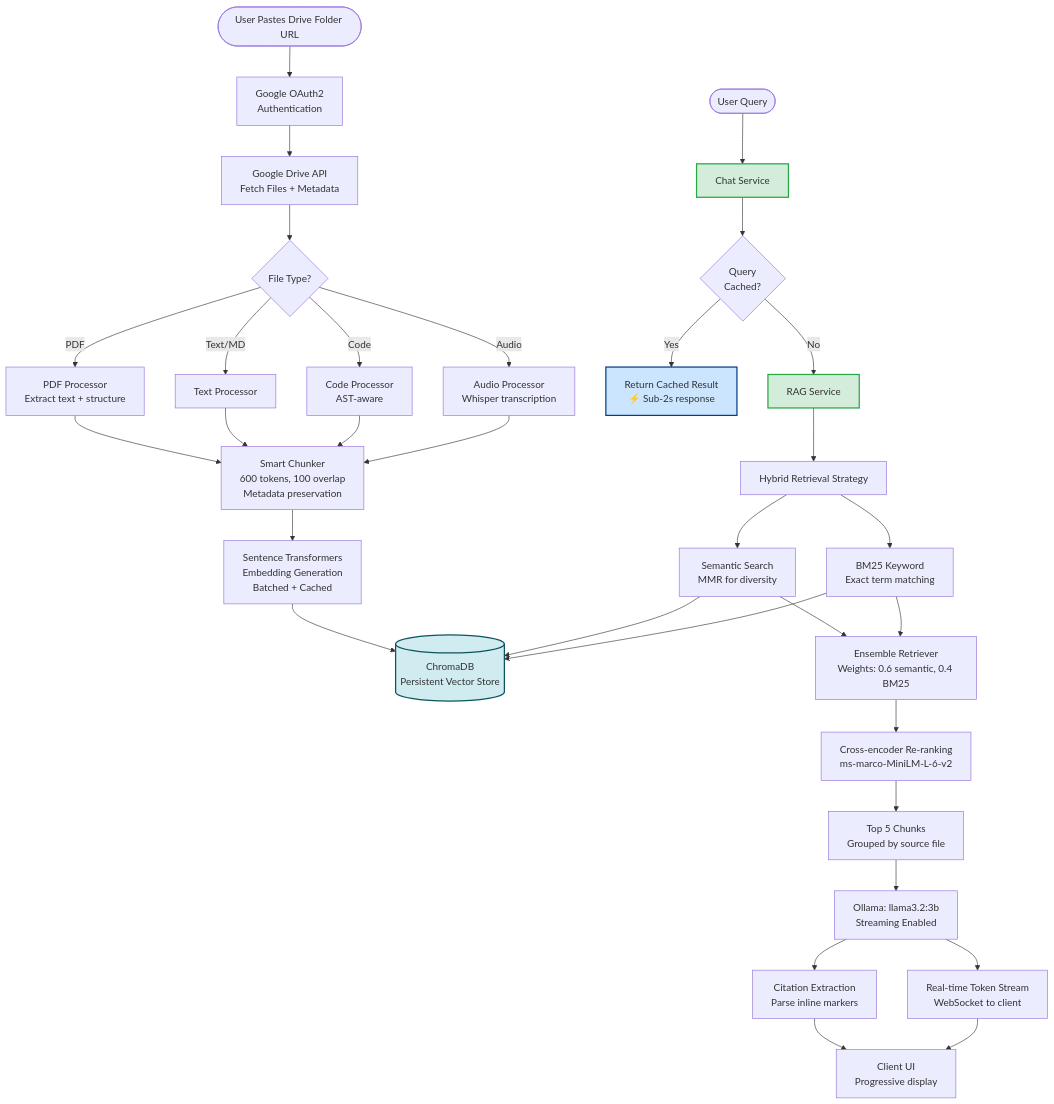
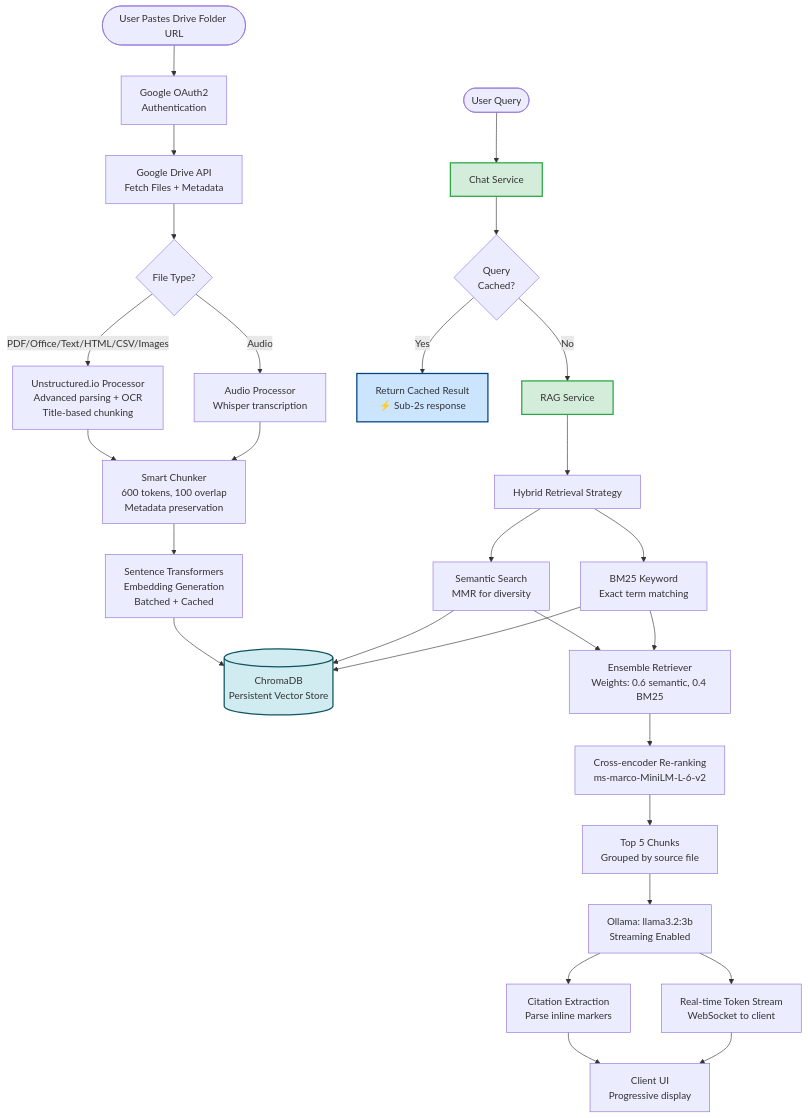
Before and after one commit to arpan1221/Foldex: the first of 5 diagrams in README.md, drawn with Mermaid. The commit also changed other lines of this file and 1 other file, not shown here.

````diff
--- a/README.md
+++ b/README.md
@@ -37,56 +40,52 @@
 ```mermaid
 graph TB
     Start([User Pastes Drive Folder URL]) --> Auth[Google OAuth2<br/>Authentication]
     Auth --> Fetch[Google Drive API<br/>Fetch Files + Metadata]
     
     Fetch --> FileType{File Type?}
     
-    FileType -->|PDF| PDFProc[PDF Processor<br/>Extract text + structure]
-    FileType -->|Text/MD| TextProc[Text Processor]
-    FileType -->|Code| CodeProc[Code Processor<br/>AST-aware]
+    FileType -->|PDF/Office/Text/HTML/CSV/Images| UnstructuredProc[Unstructured.io Processor<br/>Advanced parsing + OCR<br/>Title-based chunking]
     FileType -->|Audio| AudioProc[Audio Processor<br/>Whisper transcription]
     
-    PDFProc --> Chunker[Smart Chunker<br/>600 tokens, 100 overlap<br/>Metadata preservation]
-    TextProc --> Chunker
-    CodeProc --> Chunker
+    UnstructuredProc --> Chunker[Smart Chunker<br/>600 tokens, 100 overlap<br/>Metadata preservation]
     AudioProc --> Chunker
     
     Chunker --> Embed[Sentence Transformers<br/>Embedding Generation<br/>Batched + Cached]
     
     Embed --> VectorDB[(ChromaDB<br/>Persistent Vector Store)]
     
     Query([User Query]) --> ChatService[Chat Service]
     
     ChatService --> QCache{Query<br/>Cached?}
     
     QCache -->|Yes| CachedResult[Return Cached Result<br/>⚡ Sub-2s response]
     QCache -->|No| RAGFlow
     
     RAGFlow[RAG Service] --> Retrieval[Hybrid Retrieval Strategy]
     
     Retrieval --> Semantic[Semantic Search<br/>MMR for diversity]
     Retrieval --> BM25[BM25 Keyword<br/>Exact term matching]
     
     Semantic --> VectorDB
     BM25 --> VectorDB
     
     Semantic --> Ensemble[Ensemble Retriever<br/>Weights: 0.6 semantic, 0.4 BM25]
     BM25 --> Ensemble
     
     Ensemble --> Rerank[Cross-encoder Re-ranking<br/>ms-marco-MiniLM-L-6-v2]
     
     Rerank --> TopK[Top 5 Chunks<br/>Grouped by source file]
     
     TopK --> OllamaLLM[Ollama: llama3.2:3b<br/>Streaming Enabled]
     
     OllamaLLM --> Stream[Real-time Token Stream<br/>WebSocket to client]
     OllamaLLM --> Citations[Citation Extraction<br/>Parse inline markers]
     
     Citations --> UI[Client UI<br/>Progressive display]
     Stream --> UI
     
     style ChatService fill:#d4edda,stroke:#28a745,stroke-width:2px
     style RAGFlow fill:#d4edda,stroke:#28a745,stroke-width:2px
     style CachedResult fill:#cce5ff,stroke:#004085,stroke-width:2px
     style VectorDB fill:#d1ecf1,stroke:#0c5460,stroke-width:2px
 ```
````
